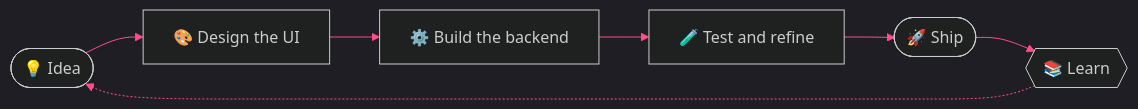
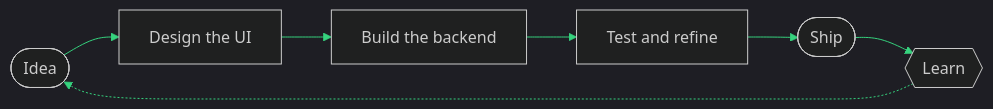
The diagram in README.md (davidkisoi51-web/davidkisoi51-web), drawn with Mermaid before and after one commit. The commit also changed other lines of this file and 16 other files, not shown here.

````diff
--- a/README.md
+++ b/README.md
@@ -86,10 +86,10 @@
 ```mermaid
-%%{init: {'theme':'dark','themeVariables':{'primaryColor':'#0d1117','primaryTextColor':'#c9d1d9','primaryBorderColor':'#00f5d4','lineColor':'#ff4d8d','secondaryColor':'#161b22','tertiaryColor':'#0d1117','fontFamily':'monospace'}}}%%
+%%{init: {'theme':'dark','themeVariables':{'primaryColor':'#0D1F16','primaryTextColor':'#F3F7F4','primaryBorderColor':'#36D27E','lineColor':'#36D27E','secondaryColor':'#10231A','tertiaryColor':'#07130D','fontFamily':'monospace'}}}%%
 flowchart LR
-    A([💡 Idea]) --> B[🎨 Design the UI]
-    B --> C[⚙️ Build the backend]
-    C --> D[🧪 Test and refine]
-    D --> E([🚀 Ship])
-    E --> F{{📚 Learn}}
+    A([Idea]) --> B[Design the UI]
+    B --> C[Build the backend]
+    C --> D[Test and refine]
+    D --> E([Ship])
+    E --> F{{Learn}}
     F -.-> A
 ```
````
